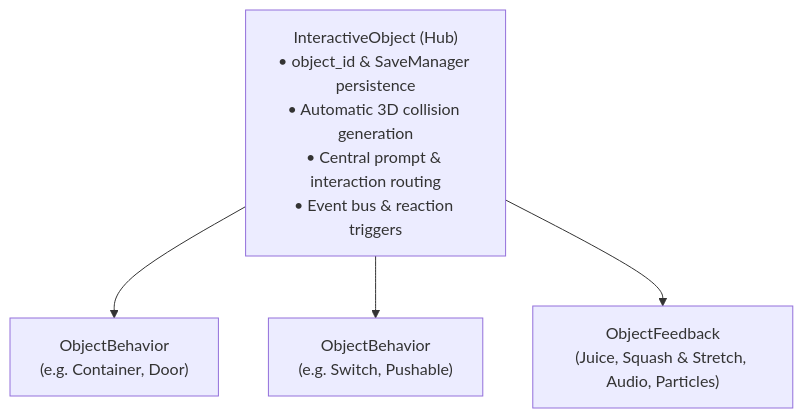
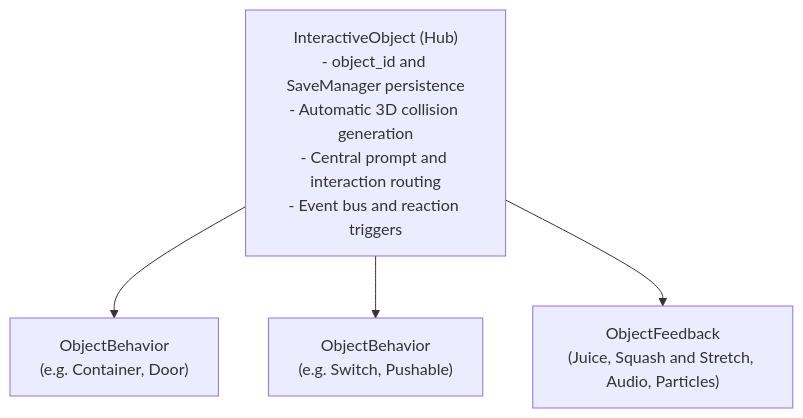
The diagram in docs/world_objects.md (jaluraDEV/jalura-framework), drawn with Mermaid before and after one commit. The commit also changed other lines of this file and 5 other files, not shown here.

Commit message:
fix(docs): resolve GitHub Mermaid diagram syntax errors and convert file links to relative paths

````diff
--- a/docs/world_objects.md
+++ b/docs/world_objects.md
@@ -12,8 +12,8 @@
 ```mermaid
-graph TD
-    Hub["InteractiveObject (Hub)<br/>• object_id & SaveManager persistence<br/>• Automatic 3D collision generation<br/>• Central prompt & interaction routing<br/>• Event bus & reaction triggers"]
+flowchart TD
+    Hub["InteractiveObject (Hub)<br/>- object_id and SaveManager persistence<br/>- Automatic 3D collision generation<br/>- Central prompt and interaction routing<br/>- Event bus and reaction triggers"]
     
     Hub --> B1["ObjectBehavior<br/>(e.g. Container, Door)"]
     Hub --> B2["ObjectBehavior<br/>(e.g. Switch, Pushable)"]
-    Hub --> B3["ObjectFeedback<br/>(Juice, Squash & Stretch, Audio, Particles)"]
+    Hub --> B3["ObjectFeedback<br/>(Juice, Squash and Stretch, Audio, Particles)"]
 ```
````
